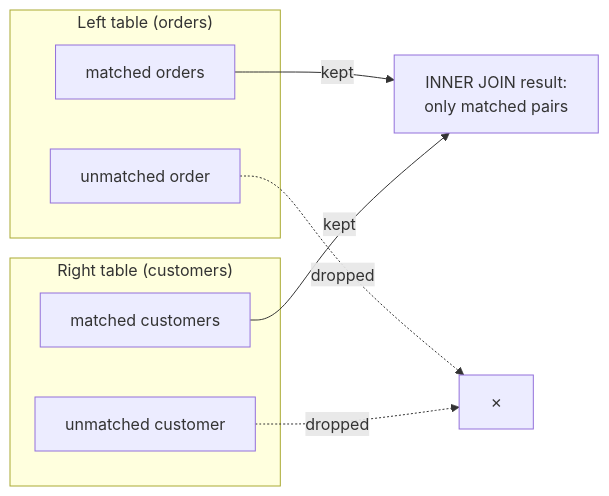
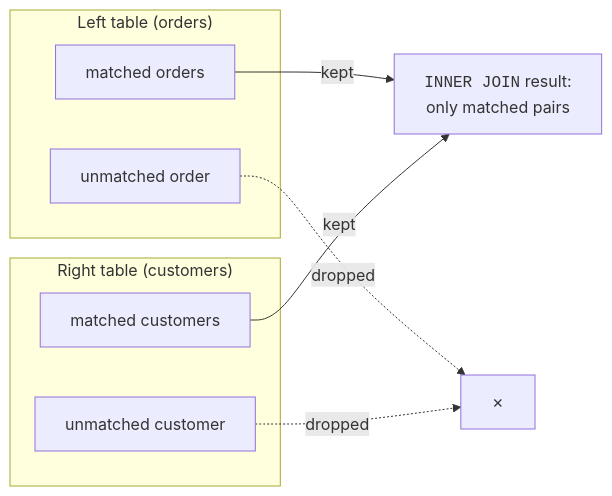
Before and after one commit to dataslope/dataslope: the diagram in content/courses/intro-sql-postgres/inner-joins.mdx, drawn with Mermaid. The commit also changed 52 other files, not shown here.

First line of the commit message:
Set SQL keywords in mermaid labels as code, and 10 more breakdowns

````diff
--- a/content/courses/intro-sql-postgres/inner-joins.mdx
+++ b/content/courses/intro-sql-postgres/inner-joins.mdx
@@ -18,15 +18,15 @@
 ```mermaid
 flowchart LR
     subgraph L["Left table (orders)"]
         L1["matched orders"]
         L2["unmatched order"]
     end
     subgraph R["Right table (customers)"]
         R1["matched customers"]
         R2["unmatched customer"]
     end
-    L1 -->|"kept"| Out["INNER JOIN result:<br/>only matched pairs"]
+    L1 -->|"kept"| Out["<code>INNER JOIN</code> result:<br/>only matched pairs"]
     R1 -->|"kept"| Out
     L2 -.->|"dropped"| X["✗"]
     R2 -.->|"dropped"| X
 ```
````
